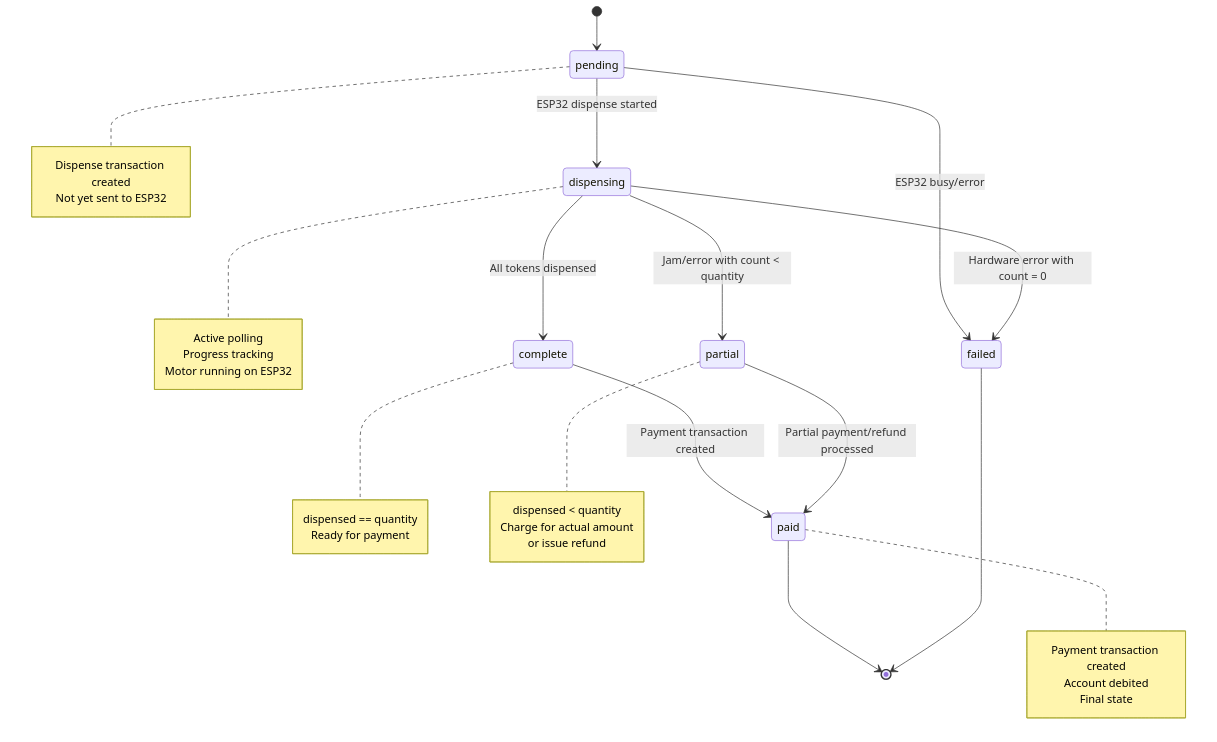
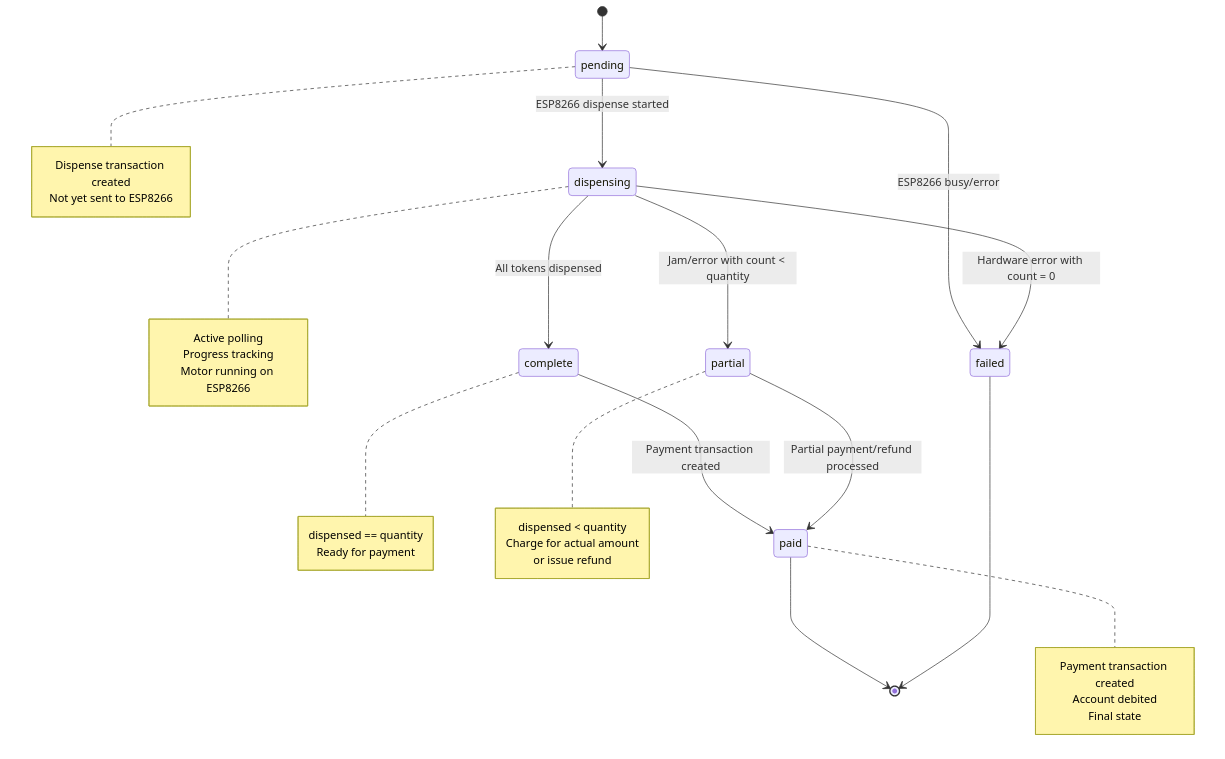
One commit to dgloeckner/remote-token-dispenser changed diagram 11 of 26 in ARCHITECTURE.md. Above: the diagram before and after it, drawn with Mermaid. The commit also changed other lines of this file and 21 other files, not shown here.

````diff
--- a/ARCHITECTURE.md
+++ b/ARCHITECTURE.md
@@ -583,45 +583,45 @@
 ```mermaid
 stateDiagram-v2
     [*] --> pending
 
-    pending --> dispensing: ESP32 dispense started
-    pending --> failed: ESP32 busy/error
+    pending --> dispensing: ESP8266 dispense started
+    pending --> failed: ESP8266 busy/error
 
     dispensing --> complete: All tokens dispensed
     dispensing --> partial: Jam/error with count < quantity
     dispensing --> failed: Hardware error with count = 0
 
     complete --> paid: Payment transaction created
     partial --> paid: Partial payment/refund processed
 
     paid --> [*]
     failed --> [*]
 
     note right of pending
         Dispense transaction created
-        Not yet sent to ESP32
+        Not yet sent to ESP8266
     end note
 
     note right of dispensing
         Active polling
         Progress tracking
-        Motor running on ESP32
+        Motor running on ESP8266
     end note
 
     note right of complete
         dispensed == quantity
         Ready for payment
     end note
 
     note right of partial
         dispensed < quantity
         Charge for actual amount
         or issue refund
     end note
 
     note right of paid
         Payment transaction created
         Account debited
         Final state
     end note
 ```
````
